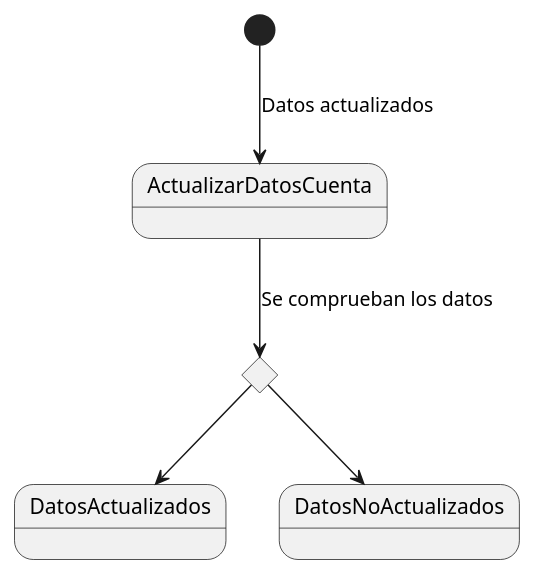
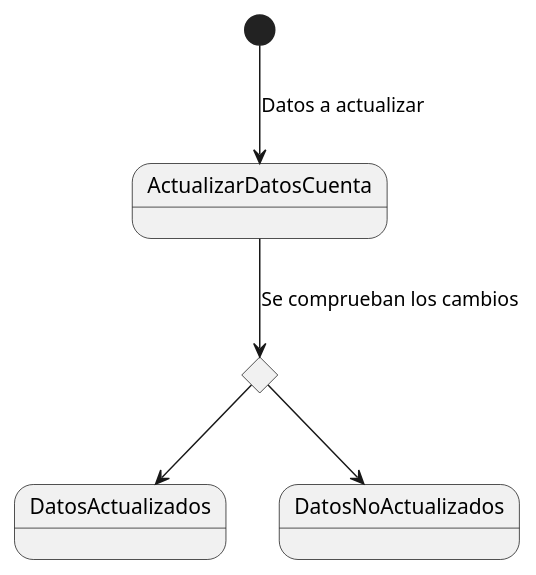
The diagram in Caso_de_Uso/Casos_de_Uso/Egresado/Actualizar_Datos_Cuenta/DdE.puml (mmasias/23-24-IdSw1-SDR), drawn with PlantUML before and after one commit.

Commit message:
Actualizado caso de uso actualizar cuenta

```diff
--- a/Caso_de_Uso/Casos_de_Uso/Egresado/Actualizar_Datos_Cuenta/DdE.puml
+++ b/Caso_de_Uso/Casos_de_Uso/Egresado/Actualizar_Datos_Cuenta/DdE.puml
@@ -1,10 +1,10 @@
 @startuml
 skinparam defaultFontName Arial
 top to bottom direction
 
-[*] --> ActualizarDatosCuenta: Datos actualizados
+[*] --> ActualizarDatosCuenta: Datos a actualizar
 state ComprobarDatos <<choice>>
-ActualizarDatosCuenta --> ComprobarDatos: Se comprueban los datos
+ActualizarDatosCuenta --> ComprobarDatos: Se comprueban los cambios
 ComprobarDatos --> DatosActualizados
 ComprobarDatos --> DatosNoActualizados
 @enduml
```
